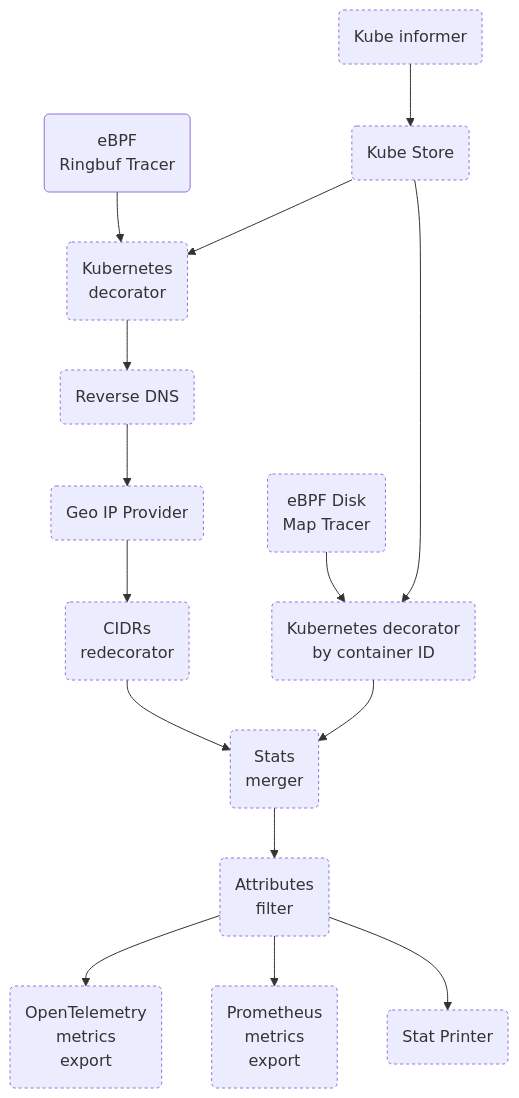
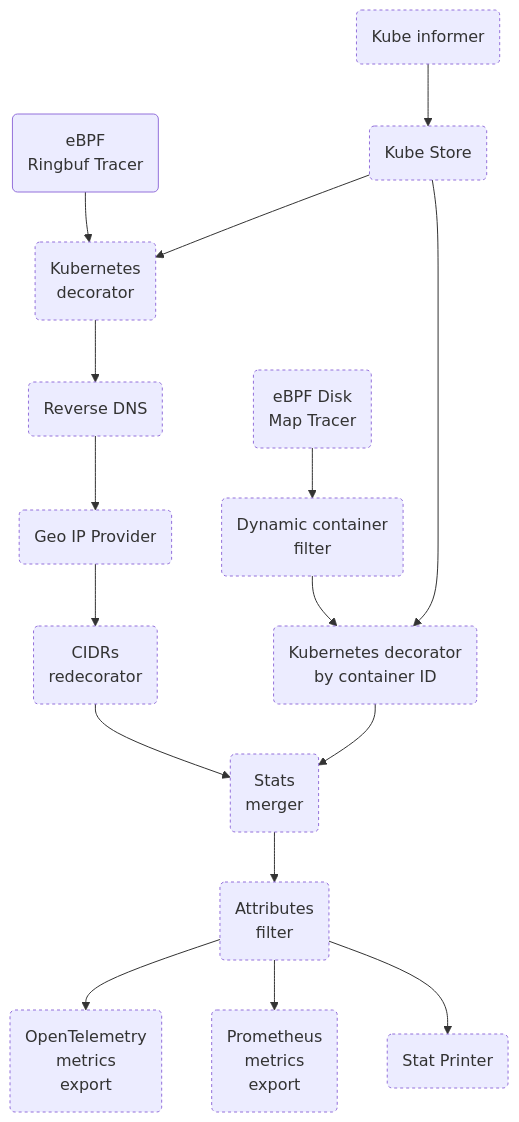
The third of 3 diagrams in devdocs/pipeline-map.md (TheDwingMAN/opentelemetry-ebpf-instrumentation), drawn with Mermaid before and after one commit. The commit also changed 11 other files, not shown here.

````diff
--- a/devdocs/pipeline-map.md
+++ b/devdocs/pipeline-map.md
@@ -103,18 +103,19 @@
 ```mermaid
 flowchart TD
     classDef optional stroke-dasharray: 3 3;
     RT(eBPF<br/>Ringbuf Tracer) --> K8S
     KIN(Kube informer):::optional --> KSTORE
     KSTORE(Kube Store):::optional --> K8S
     K8S(Kubernetes<br/>decorator):::optional --> RDNS
     RDNS(Reverse DNS):::optional --> GeoIP
     GeoIP(Geo IP Provider):::optional --> CIDRS
     CIDRS(CIDRs<br/>redecorator):::optional --> MRG
-    DMT(eBPF Disk<br/>Map Tracer):::optional --> DK8S
+    DMT(eBPF Disk<br/>Map Tracer):::optional --> DCF
+    DCF(Dynamic container<br/>filter):::optional --> DK8S
     KSTORE --> DK8S
     DK8S(Kubernetes decorator<br/>by container ID):::optional --> MRG
     MRG(Stats<br/>merger):::optional --> FLTR
     FLTR(Attributes<br/>filter):::optional --> OTEL(OpenTelemetry<br/>metrics<br/>export):::optional
     FLTR --> PROM(Prometheus<br/>metrics<br/>export):::optional
     FLTR --> StatPrinter(Stat Printer):::optional
 ```
````
